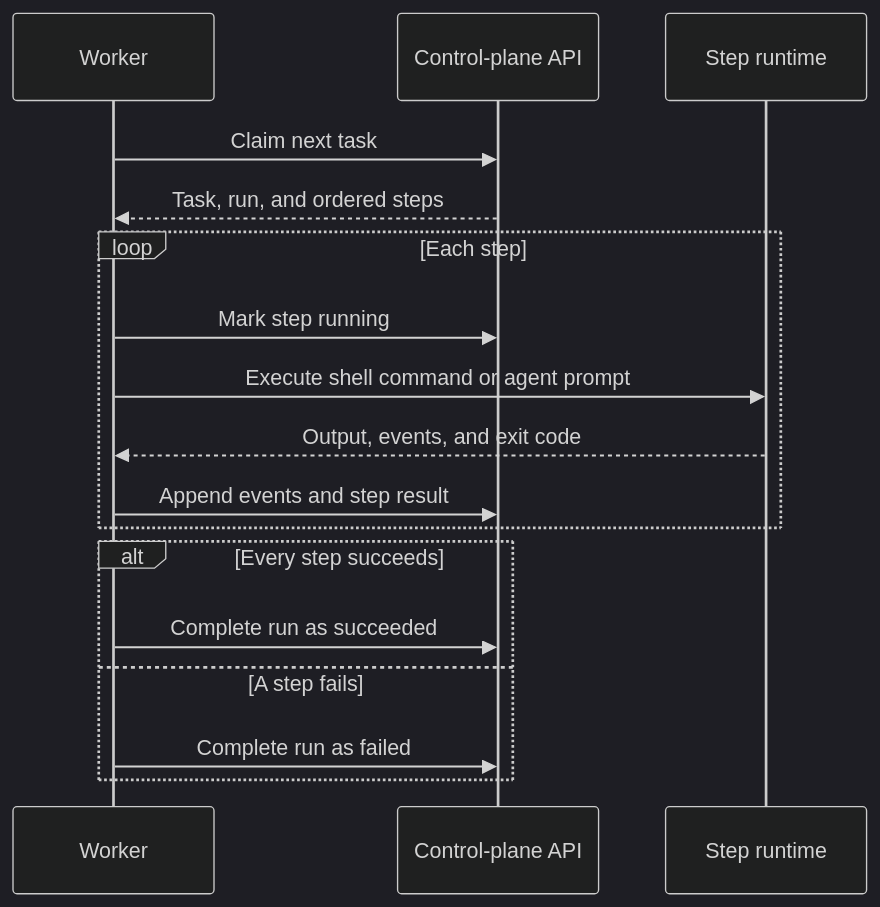
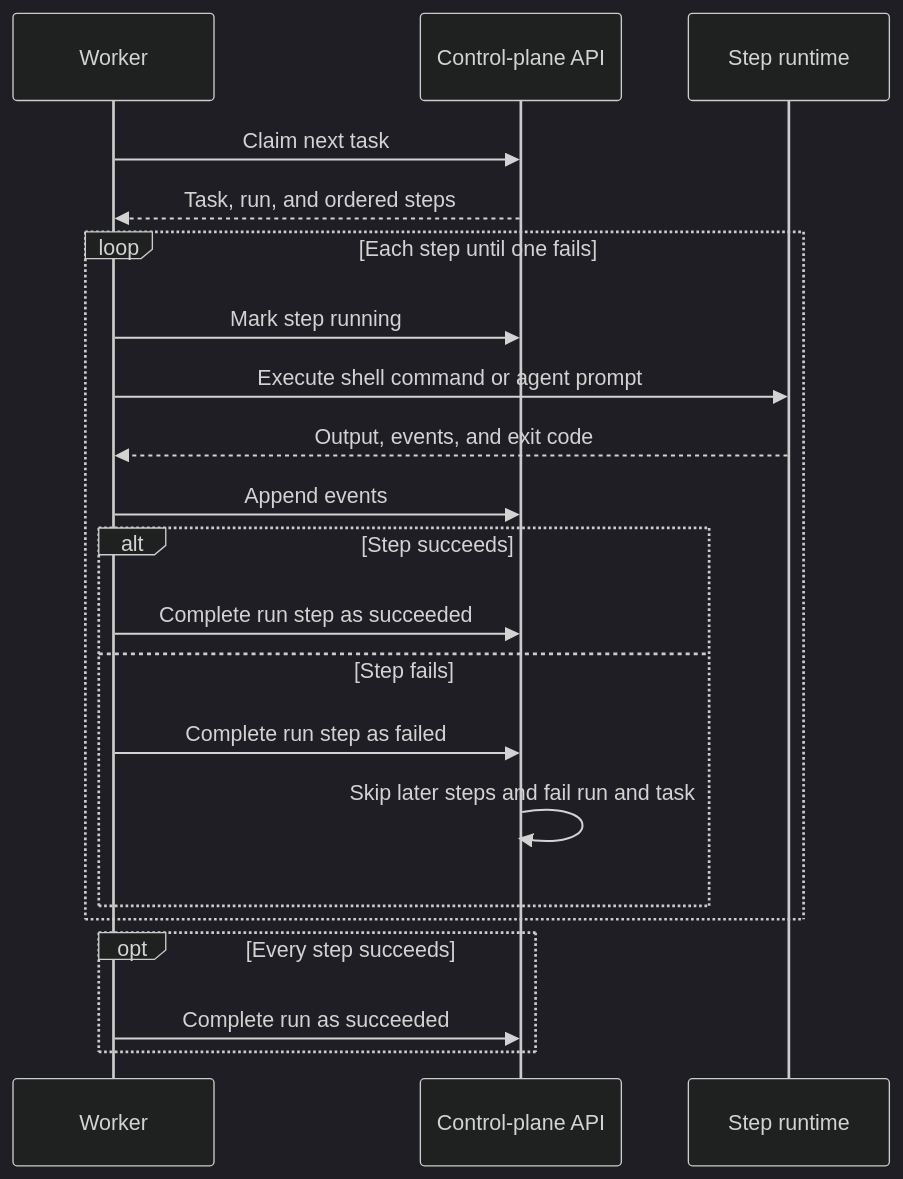
One commit to owainlewis/blueprint changed the second of 2 diagrams in examples/dispatch-control-plane/design.md. Above: the diagram before and after it, drawn with Mermaid (dark theme). The commit also changed other lines of this file and 2 other files, not shown here.

````diff
--- a/examples/dispatch-control-plane/design.md
+++ b/examples/dispatch-control-plane/design.md
@@ -43,20 +45,24 @@
 ```mermaid
 sequenceDiagram
     participant W as Worker
     participant API as Control-plane API
     participant R as Step runtime
 
     W->>API: Claim next task
     API-->>W: Task, run, and ordered steps
-    loop Each step
+    loop Each step until one fails
         W->>API: Mark step running
         W->>R: Execute shell command or agent prompt
         R-->>W: Output, events, and exit code
-        W->>API: Append events and step result
+        W->>API: Append events
+        alt Step succeeds
+            W->>API: Complete run step as succeeded
+        else Step fails
+            W->>API: Complete run step as failed
+            API->>API: Skip later steps and fail run and task
+        end
     end
-    alt Every step succeeds
+    opt Every step succeeds
         W->>API: Complete run as succeeded
-    else A step fails
-        W->>API: Complete run as failed
     end
 ```
````
